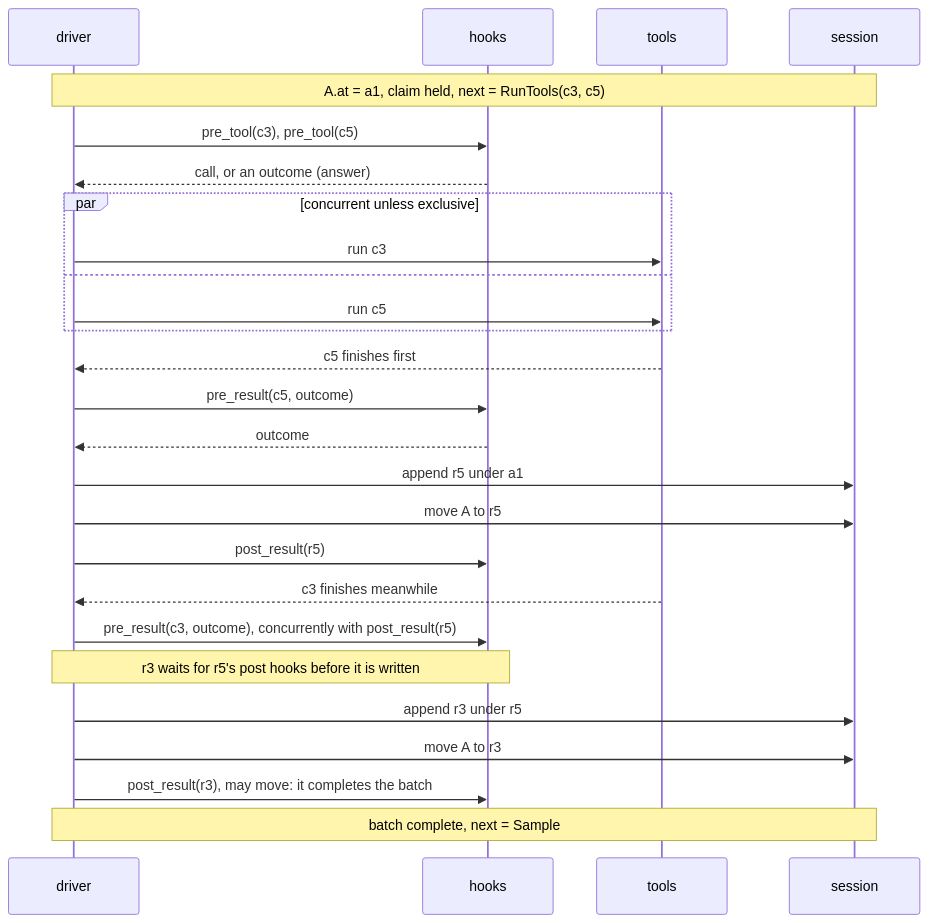
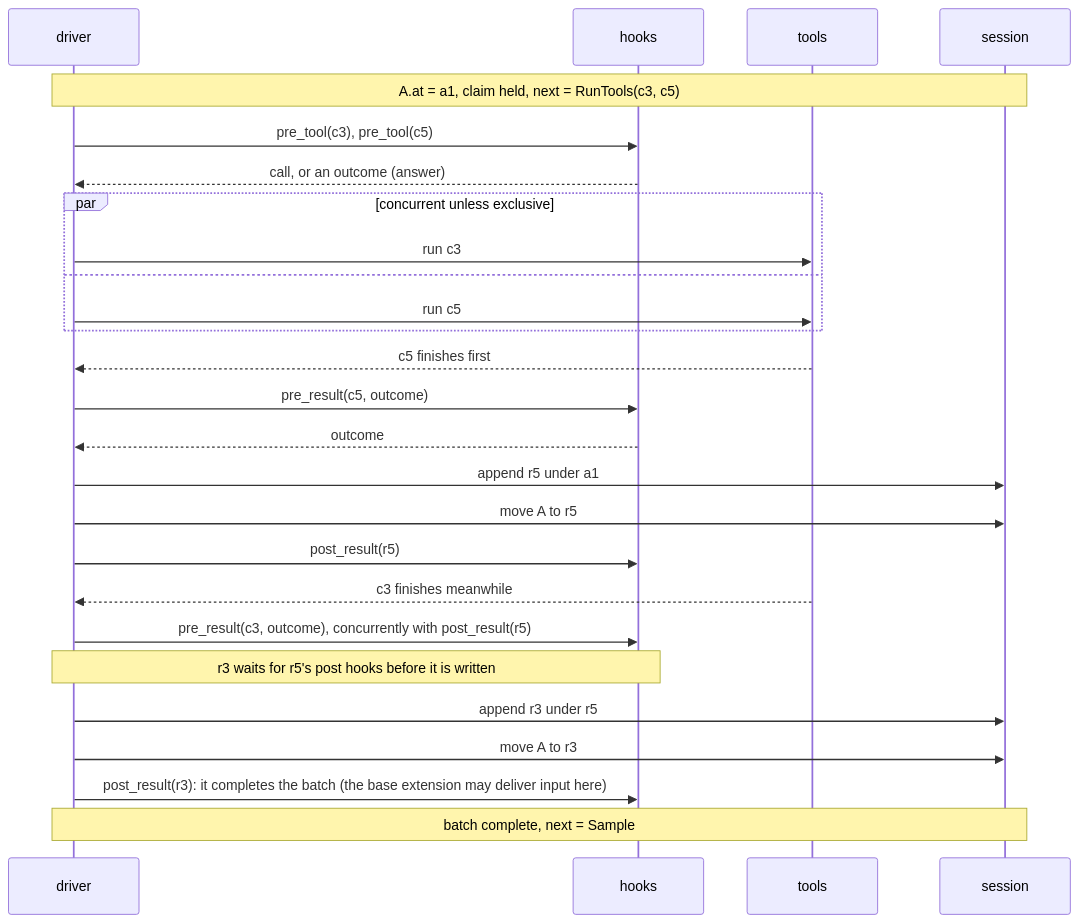
The diagram in docs/design/diagrams/02-step.md (jmccardle/tau), drawn with Mermaid before and after one commit. The commit also changed other lines of this file and 13 other files, not shown here.

````diff
--- a/docs/design/diagrams/02-step.md
+++ b/docs/design/diagrams/02-step.md
@@ -86,28 +96,28 @@
 ```mermaid
 sequenceDiagram
     participant D as driver
     participant H as hooks
     participant T as tools
     participant S as session
     Note over D,S: A.at = a1, claim held, next = RunTools(c3, c5)
     D->>H: pre_tool(c3), pre_tool(c5)
     H-->>D: call, or an outcome (answer)
     par concurrent unless exclusive
         D->>T: run c3
     and
         D->>T: run c5
     end
     T-->>D: c5 finishes first
     D->>H: pre_result(c5, outcome)
     H-->>D: outcome
     D->>S: append r5 under a1
     D->>S: move A to r5
     D->>H: post_result(r5)
     T-->>D: c3 finishes meanwhile
     D->>H: pre_result(c3, outcome), concurrently with post_result(r5)
     Note over D,H: r3 waits for r5's post hooks before it is written
     D->>S: append r3 under r5
     D->>S: move A to r3
-    D->>H: post_result(r3), may move: it completes the batch
+    D->>H: post_result(r3): it completes the batch (the base extension may deliver input here)
     Note over D,S: batch complete, next = Sample
 ```
````
